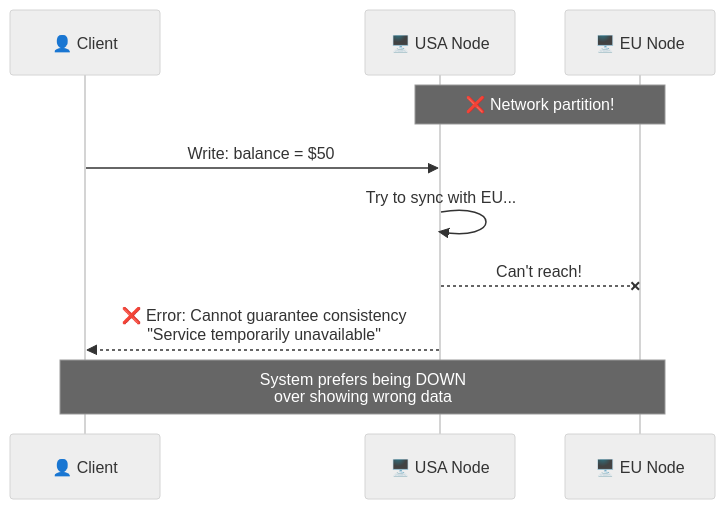
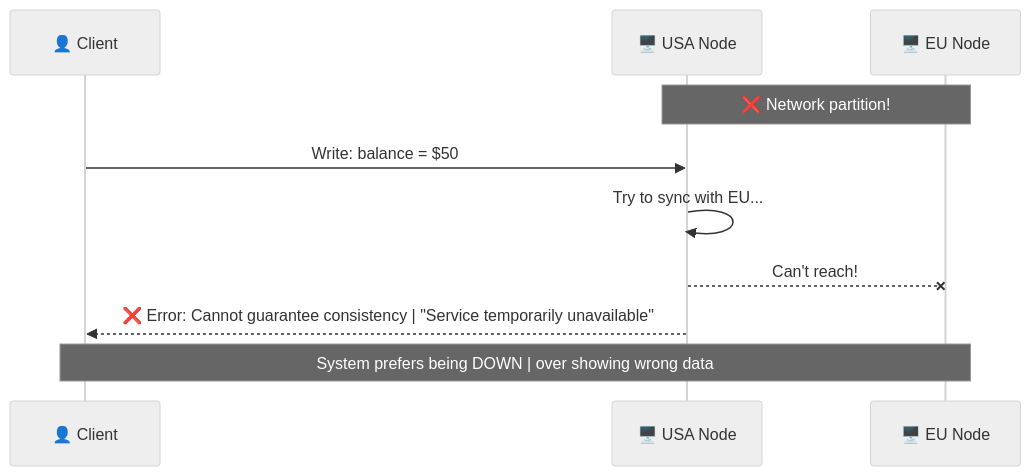
One commit to p1kmr/for-reading changed the sixth of 18 diagrams in HLD/foundation/08_cap-theorem.md. Above: the diagram before and after it, drawn with Mermaid (neutral theme). The commit also changed other lines of this file and 14 other files, not shown here.

Commit message:
Fix Mermaid diagram syntax: Replace <br/> with <br> for GitHub compatibility

````diff
--- a/HLD/foundation/08_cap-theorem.md
+++ b/HLD/foundation/08_cap-theorem.md
@@ -245,16 +245,16 @@
 ```mermaid
 sequenceDiagram
     participant Client as 👤 Client
     participant USA as 🖥️ USA Node
     participant EU as 🖥️ EU Node
 
     Note over USA,EU: ❌ Network partition!
 
     Client->>USA: Write: balance = $50
     USA->>USA: Try to sync with EU...
     USA--xEU: Can't reach!
 
-    USA-->>Client: ❌ Error: Cannot guarantee consistency<br/>"Service temporarily unavailable"
+    USA-->>Client: ❌ Error: Cannot guarantee consistency | "Service temporarily unavailable"
 
-    Note over Client,EU: System prefers being DOWN<br/>over showing wrong data
+    Note over Client,EU: System prefers being DOWN | over showing wrong data
 ```
````
